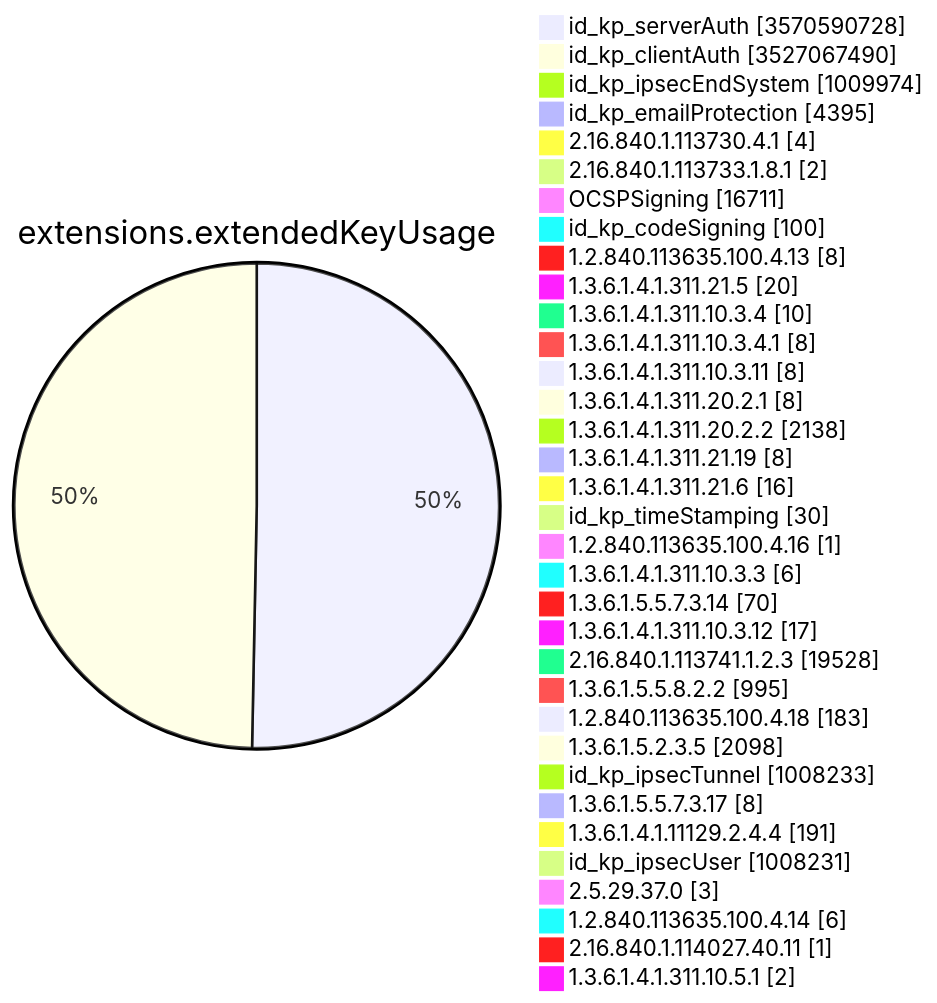
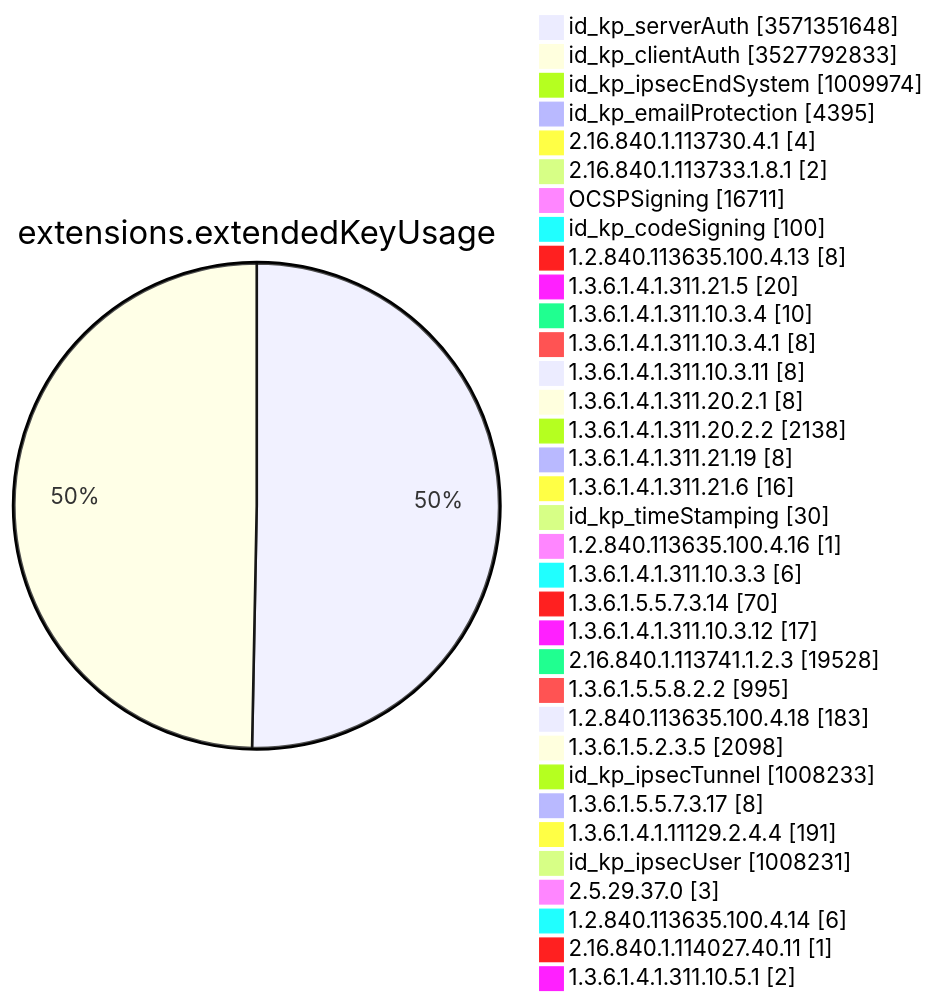
One commit to christiankrug/ctmonitor_visualization changed diagram 11 of 15 in TOTAL/README.md. Above: the diagram before and after it, drawn with Mermaid. The commit also changed other lines of this file, not shown here.

````diff
--- a/TOTAL/README.md
+++ b/TOTAL/README.md
@@ -4128,38 +4128,38 @@
 ```mermaid
 pie showData
 title extensions.extendedKeyUsage
-"id_kp_serverAuth" :3570590728
-"id_kp_clientAuth" :3527067490
+"id_kp_serverAuth" :3571351648
+"id_kp_clientAuth" :3527792833
 "id_kp_ipsecEndSystem" :1009974
 "id_kp_emailProtection" :4395
 "2.16.840.1.113730.4.1" :4
 "2.16.840.1.113733.1.8.1" :2
 "OCSPSigning" :16711
 "id_kp_codeSigning" :100
 "1.2.840.113635.100.4.13" :8
 "1.3.6.1.4.1.311.21.5" :20
 "1.3.6.1.4.1.311.10.3.4" :10
 "1.3.6.1.4.1.311.10.3.4.1" :8
 "1.3.6.1.4.1.311.10.3.11" :8
 "1.3.6.1.4.1.311.20.2.1" :8
 "1.3.6.1.4.1.311.20.2.2" :2138
 "1.3.6.1.4.1.311.21.19" :8
 "1.3.6.1.4.1.311.21.6" :16
 "id_kp_timeStamping" :30
 "1.2.840.113635.100.4.16" :1
 "1.3.6.1.4.1.311.10.3.3" :6
 "1.3.6.1.5.5.7.3.14" :70
 "1.3.6.1.4.1.311.10.3.12" :17
 "2.16.840.1.113741.1.2.3" :19528
 "1.3.6.1.5.5.8.2.2" :995
 "1.2.840.113635.100.4.18" :183
 "1.3.6.1.5.2.3.5" :2098
 "id_kp_ipsecTunnel" :1008233
 "1.3.6.1.5.5.7.3.17" :8
 "1.3.6.1.4.1.11129.2.4.4" :191
 "id_kp_ipsecUser" :1008231
 "2.5.29.37.0" :3
 "1.2.840.113635.100.4.14" :6
 "2.16.840.1.114027.40.11" :1
 "1.3.6.1.4.1.311.10.5.1" :2
 ```
````
